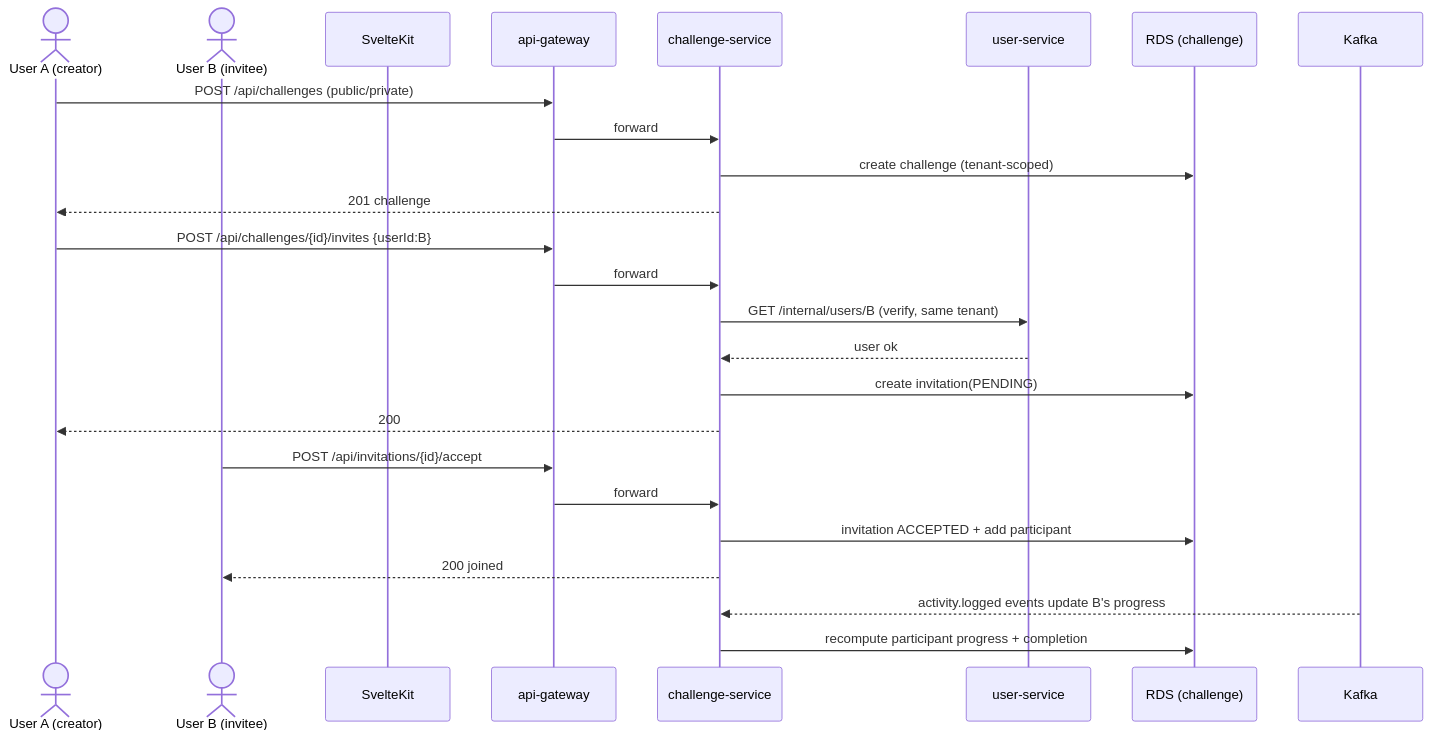
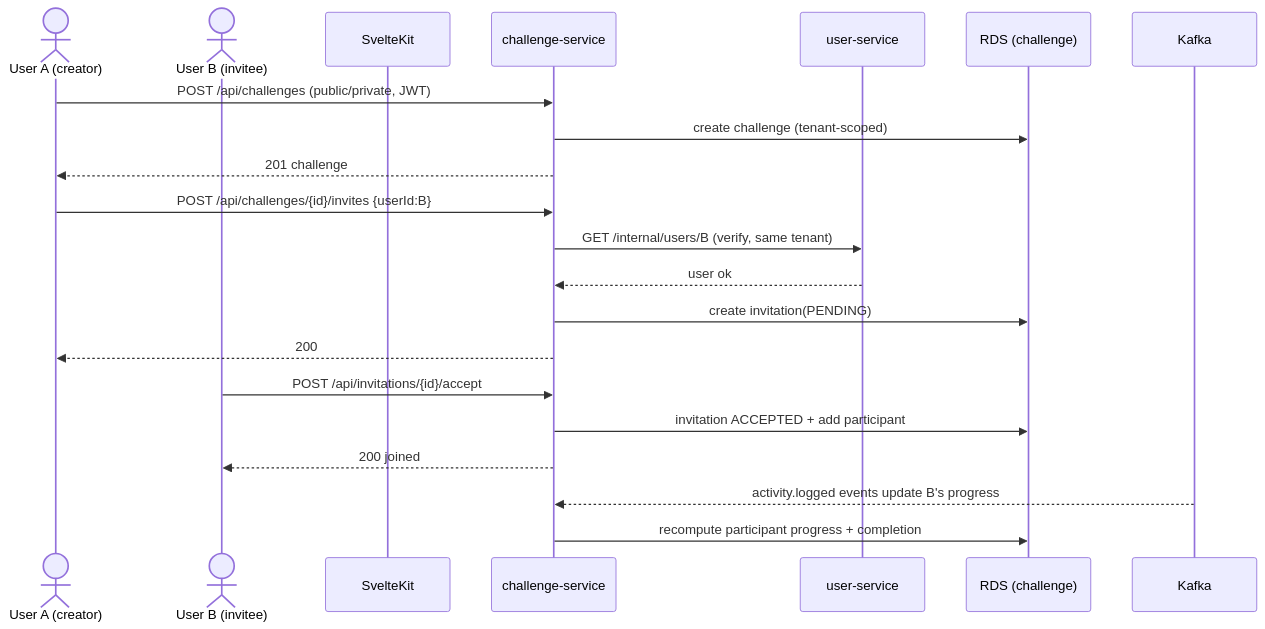
Before and after one commit to rohitvats26/habitloop: the ninth of 10 diagrams in docs/03-diagrams.md, drawn with Mermaid. The commit also changed other lines of this file and 121 other files, not shown here.

````diff
--- a/docs/03-diagrams.md
+++ b/docs/03-diagrams.md
@@ -348,30 +339,26 @@
 ```mermaid
 sequenceDiagram
     actor A as User A (creator)
     actor B as User B (invitee)
     participant FE as SvelteKit
-    participant GW as api-gateway
     participant CS as challenge-service
     participant US as user-service
     participant DB as RDS (challenge)
     participant K as Kafka
 
-    A->>GW: POST /api/challenges (public/private)
-    GW->>CS: forward
+    A->>CS: POST /api/challenges (public/private, JWT)
     CS->>DB: create challenge (tenant-scoped)
     CS-->>A: 201 challenge
 
-    A->>GW: POST /api/challenges/{id}/invites {userId:B}
-    GW->>CS: forward
+    A->>CS: POST /api/challenges/{id}/invites {userId:B}
     CS->>US: GET /internal/users/B (verify, same tenant)
     US-->>CS: user ok
     CS->>DB: create invitation(PENDING)
     CS-->>A: 200
 
-    B->>GW: POST /api/invitations/{id}/accept
-    GW->>CS: forward
+    B->>CS: POST /api/invitations/{id}/accept
     CS->>DB: invitation ACCEPTED + add participant
     CS-->>B: 200 joined
     K-->>CS: activity.logged events update B's progress
     CS->>DB: recompute participant progress + completion
 ```
````
